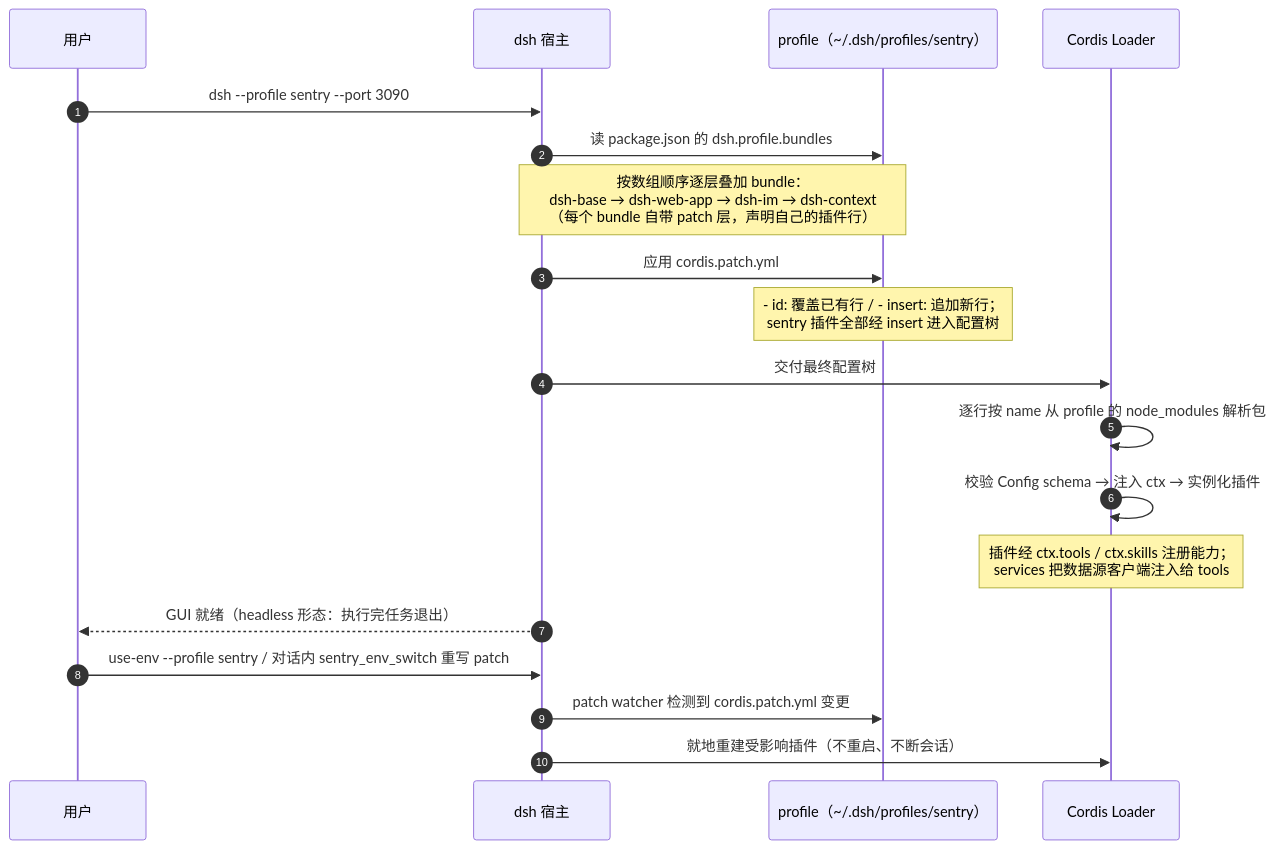
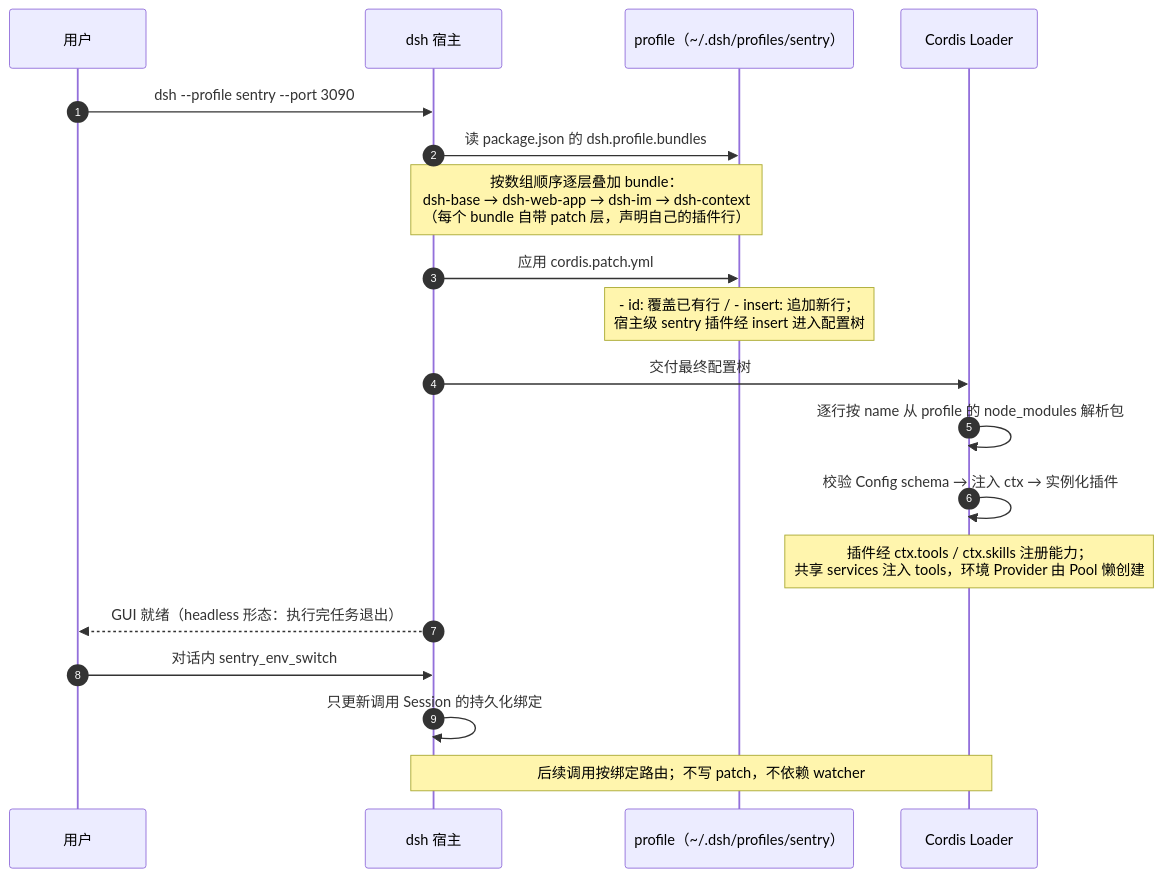
The diagram in docs/architecture/dsh-loading.md (lynn-hector/endurance-sage), drawn with Mermaid before and after one commit. The commit also changed other lines of this file and 12 other files, not shown here.

````diff
--- a/docs/architecture/dsh-loading.md
+++ b/docs/architecture/dsh-loading.md
@@ -24,22 +24,22 @@
 ```mermaid
 sequenceDiagram
     autonumber
     participant U as 用户
     participant H as dsh 宿主
     participant P as profile（~/.dsh/profiles/sentry）
     participant L as Cordis Loader
 
     U->>H: dsh --profile sentry --port 3090
     H->>P: 读 package.json 的 dsh.profile.bundles
     Note over H,P: 按数组顺序逐层叠加 bundle：<br/>dsh-base → dsh-web-app → dsh-im → dsh-context<br/>（每个 bundle 自带 patch 层，声明自己的插件行）
     H->>P: 应用 cordis.patch.yml
-    Note over P: - id: 覆盖已有行 / - insert: 追加新行；<br/>sentry 插件全部经 insert 进入配置树
+    Note over P: - id: 覆盖已有行 / - insert: 追加新行；<br/>宿主级 sentry 插件经 insert 进入配置树
     H->>L: 交付最终配置树
     L->>L: 逐行按 name 从 profile 的 node_modules 解析包
     L->>L: 校验 Config schema → 注入 ctx → 实例化插件
-    Note over L: 插件经 ctx.tools / ctx.skills 注册能力；<br/>services 把数据源客户端注入给 tools
+    Note over L: 插件经 ctx.tools / ctx.skills 注册能力；<br/>共享 services 注入 tools，环境 Provider 由 Pool 懒创建
     H-->>U: GUI 就绪（headless 形态：执行完任务退出）
-    U->>H: use-env --profile sentry / 对话内 sentry_env_switch 重写 patch
-    H->>P: patch watcher 检测到 cordis.patch.yml 变更
-    H->>L: 就地重建受影响插件（不重启、不断会话）
+    U->>H: 对话内 sentry_env_switch
+    H->>H: 只更新调用 Session 的持久化绑定
+    Note over H,L: 后续调用按绑定路由；不写 patch，不依赖 watcher
 ```
````
